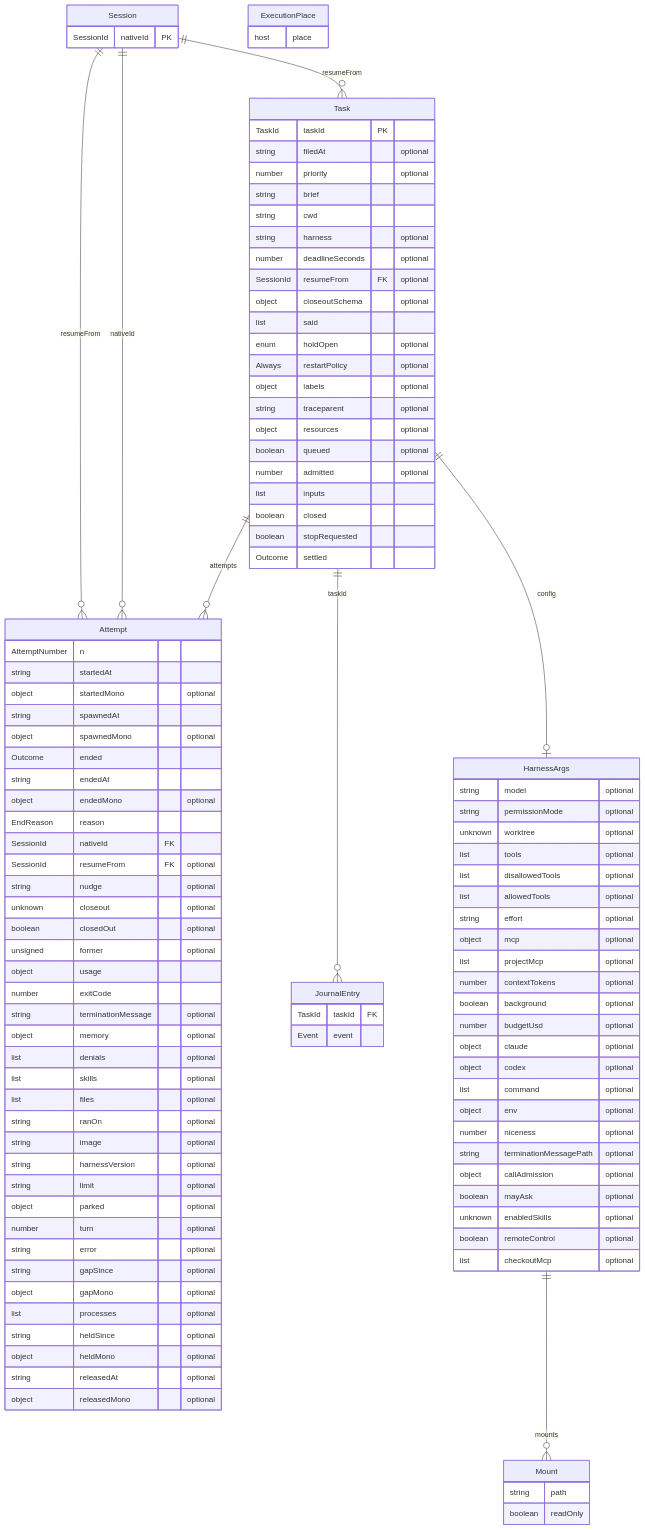
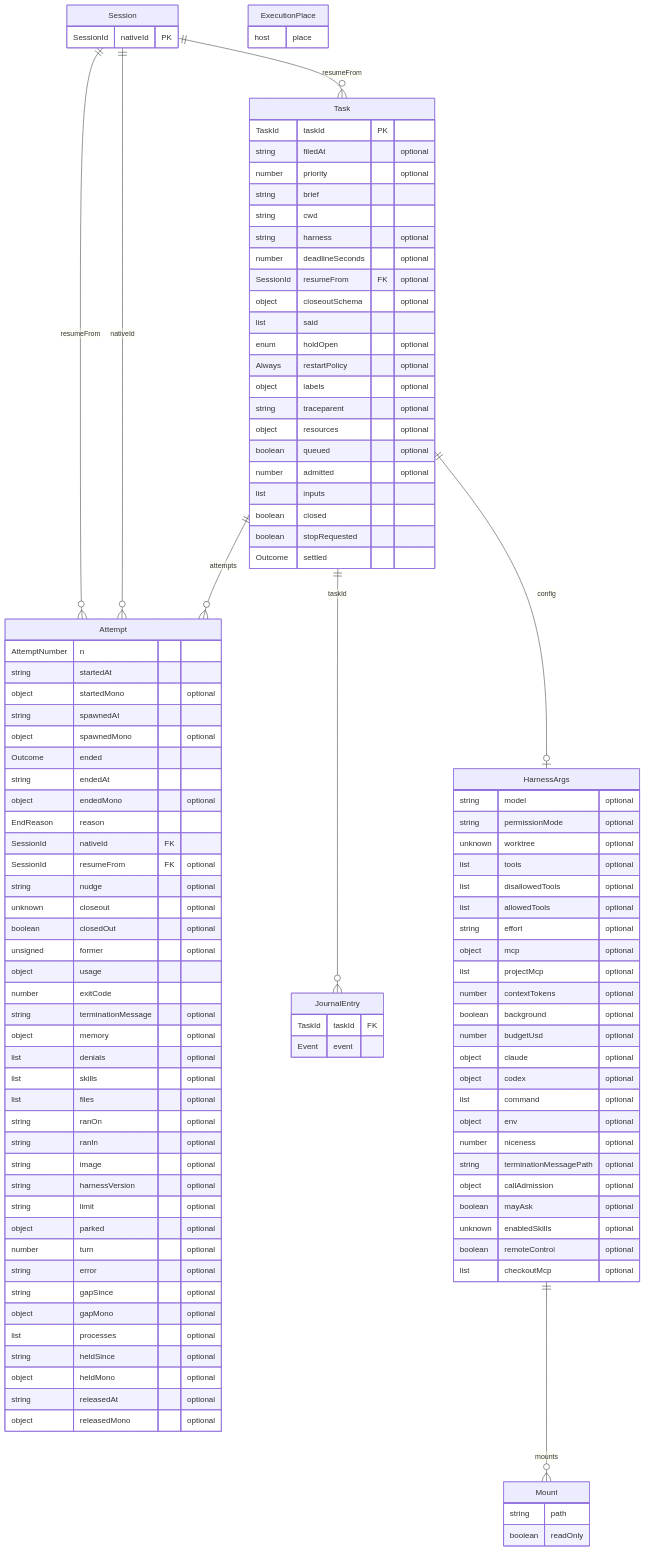
The diagram in packages/agent-runtime/docs/model.md (emyann/nemia), drawn with Mermaid before and after one commit. The commit also changed 31 other files, not shown here.

```diff
--- a/packages/agent-runtime/docs/model.md
+++ b/packages/agent-runtime/docs/model.md
@@ -68,6 +68,7 @@
     list skills "optional"
     list files "optional"
     string ranOn "optional"
+    string ranIn "optional"
     string image "optional"
     string harnessVersion "optional"
     string limit "optional"
```
